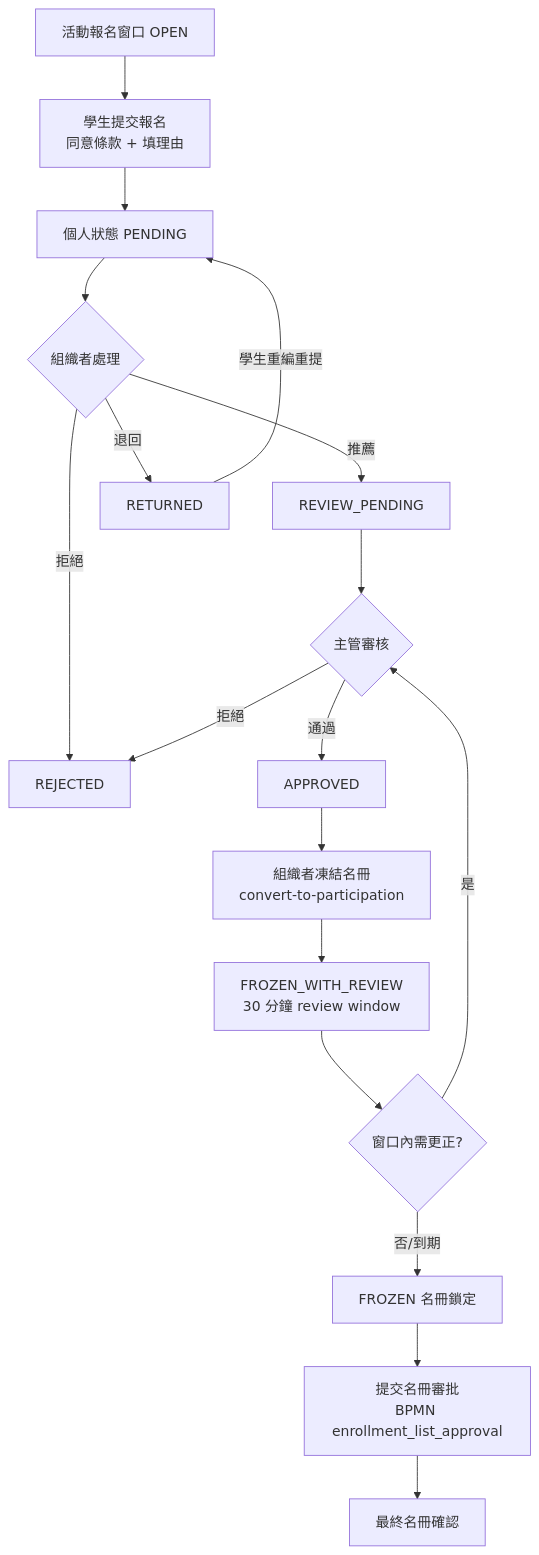
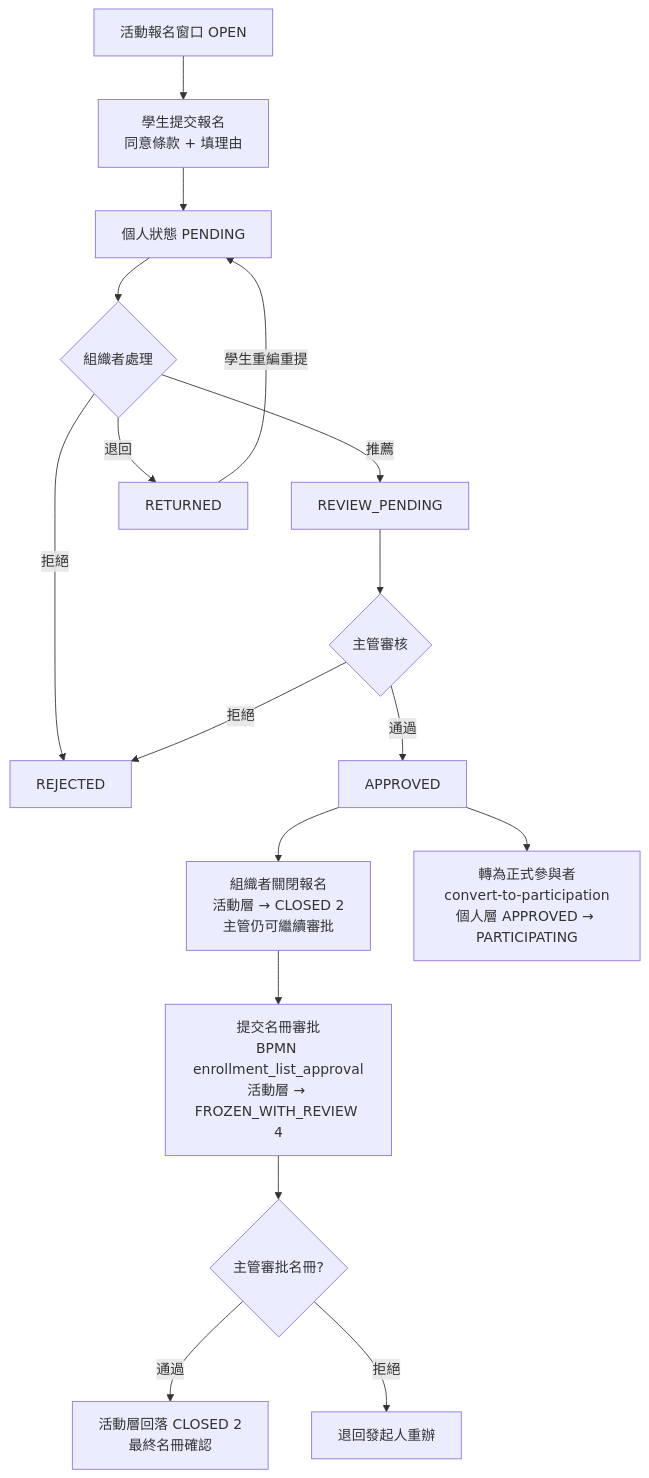
The diagram in activity-enrollment-guide.md (OneStar-Projects/SLAS-Docs), drawn with Mermaid before and after one commit. The commit also changed other lines of this file and 5 other files, not shown here.

````diff
--- a/activity-enrollment-guide.md
+++ b/activity-enrollment-guide.md
@@ -82,20 +104,19 @@
 ```mermaid
 flowchart TD
     A[活動報名窗口 OPEN] --> B[學生提交報名<br/>同意條款 + 填理由]
     B --> C[個人狀態 PENDING]
     C --> D{組織者處理}
     D -- 推薦 --> E[REVIEW_PENDING]
     D -- 退回 --> F[RETURNED]
     D -- 拒絕 --> G[REJECTED]
     F -- 學生重編重提 --> C
     E --> H{主管審核}
     H -- 通過 --> I[APPROVED]
     H -- 拒絕 --> G
-    I --> J[組織者凍結名冊<br/>convert-to-participation]
-    J --> K[FROZEN_WITH_REVIEW<br/>30 分鐘 review window]
-    K --> L{窗口內需更正?}
-    L -- 是 --> H
-    L -- 否/到期 --> M[FROZEN 名冊鎖定]
-    M --> N[提交名冊審批<br/>BPMN enrollment_list_approval]
-    N --> O[最終名冊確認]
+    I --> J[組織者關閉報名<br/>活動層 → CLOSED 2<br/>主管仍可繼續審批]
+    J --> K[提交名冊審批<br/>BPMN enrollment_list_approval<br/>活動層 → FROZEN_WITH_REVIEW 4]
+    K --> L{主管審批名冊?}
+    L -- 通過 --> M[活動層回落 CLOSED 2<br/>最終名冊確認]
+    L -- 拒絕 --> N[退回發起人重辦]
+    I --> P[轉為正式參與者<br/>convert-to-participation<br/>個人層 APPROVED → PARTICIPATING]
 ```
````
